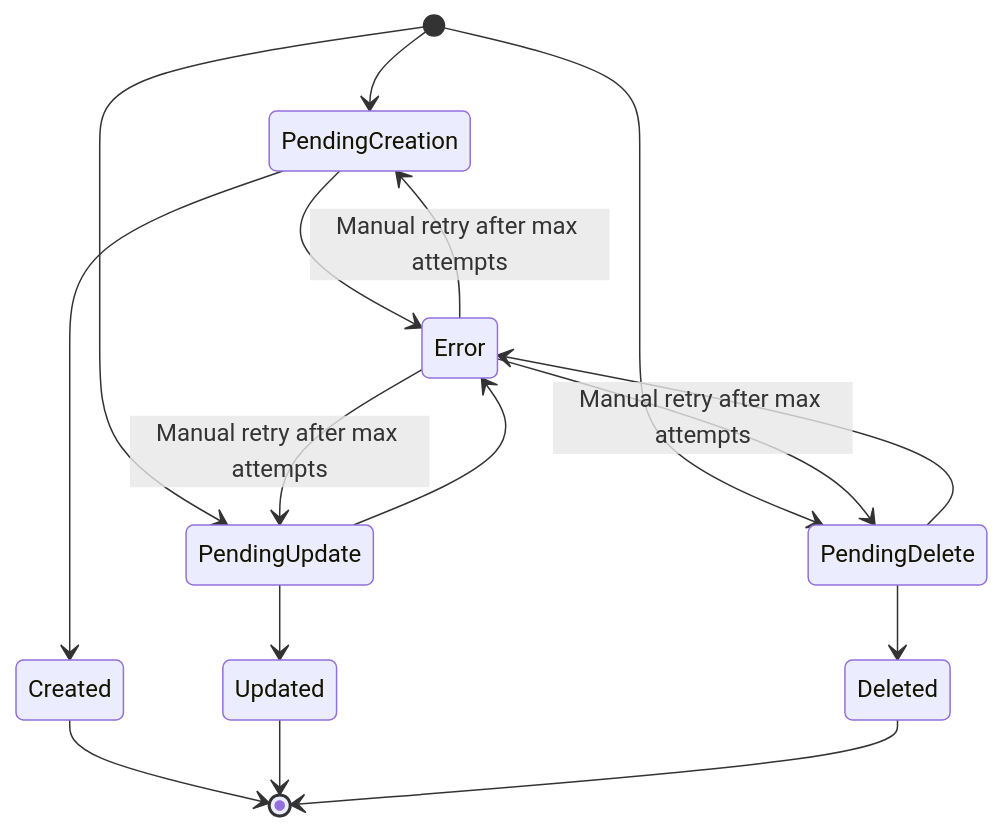
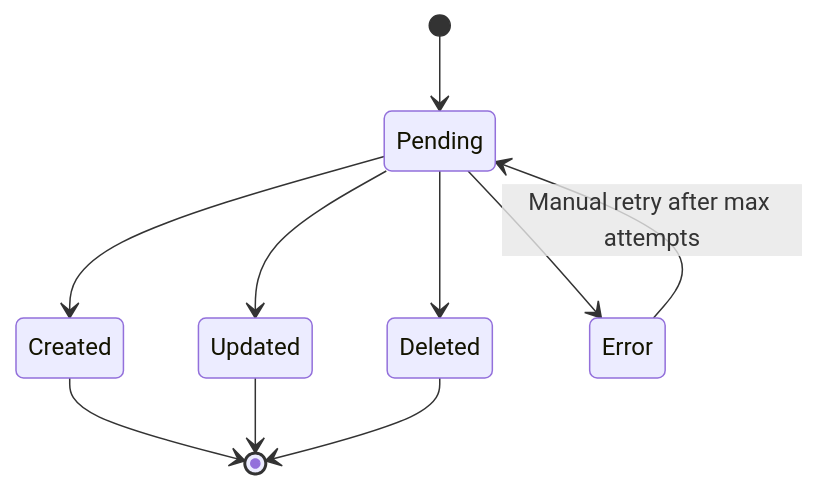
The second of 2 diagrams in 003-franz/003.3-topic-claim.md (KafkaMetamorphosis/docs), drawn with Mermaid before and after one commit. The commit also changed other lines of this file and 4 other files, not shown here.

````diff
--- a/003-franz/003.3-topic-claim.md
+++ b/003-franz/003.3-topic-claim.md
@@ -52,22 +54,15 @@
 ```mermaid
 stateDiagram-v2
-    [*]                    --> PendingCreation
-    [*]                    --> PendingUpdate
-    [*]                    --> PendingDelete
+    [*]       --> Pending
 
-    PendingCreation       --> Created
-    PendingUpdate         --> Updated
-    PendingDelete         --> Deleted
+    Pending   --> Created
+    Pending   --> Updated
+    Pending   --> Deleted
+    Pending   --> Error
 
-    PendingCreation       --> Error
-    PendingUpdate         --> Error
-    PendingDelete         --> Error
+    Error     --> Pending : Manual retry after max attempts
 
-    Error                 --> PendingCreation : Manual retry after max attempts
-    Error                 --> PendingUpdate   : Manual retry after max attempts
-    Error                 --> PendingDelete   : Manual retry after max attempts
-
-    Created               --> [*]
-    Updated               --> [*]
-    Deleted               --> [*]
+    Created   --> [*]
+    Updated   --> [*]
+    Deleted   --> [*]
 ```
````
